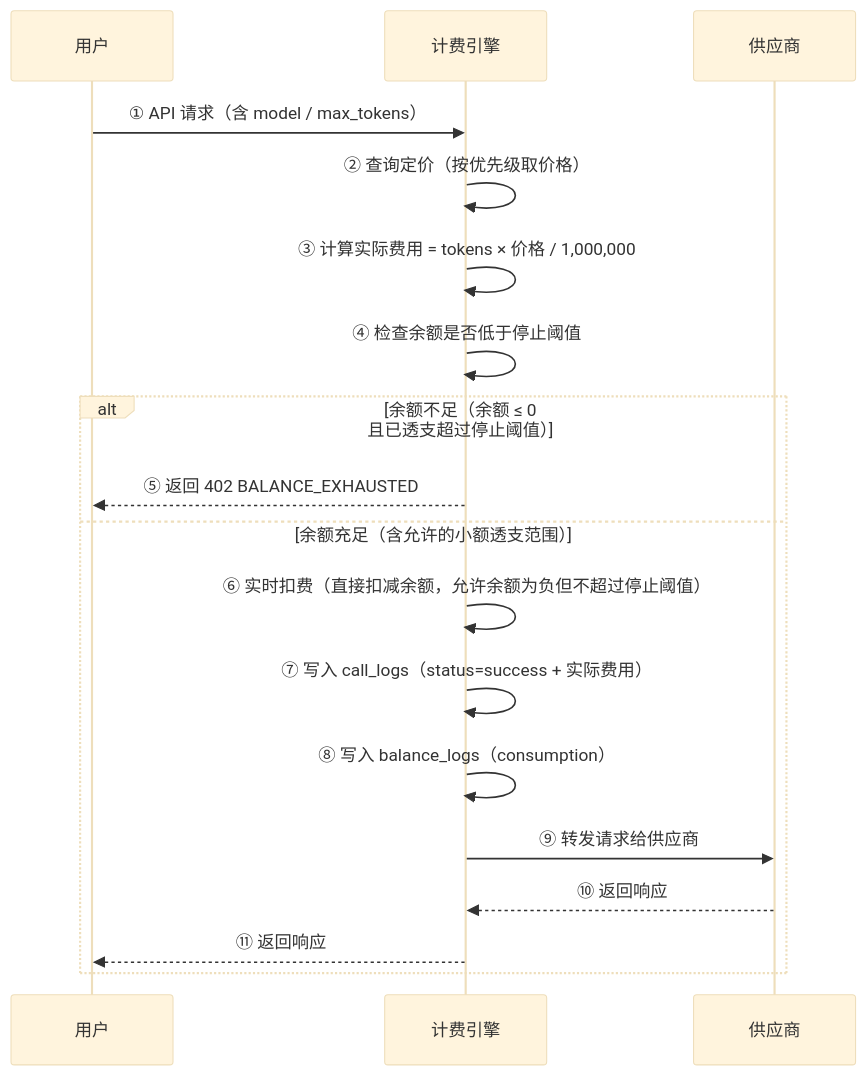
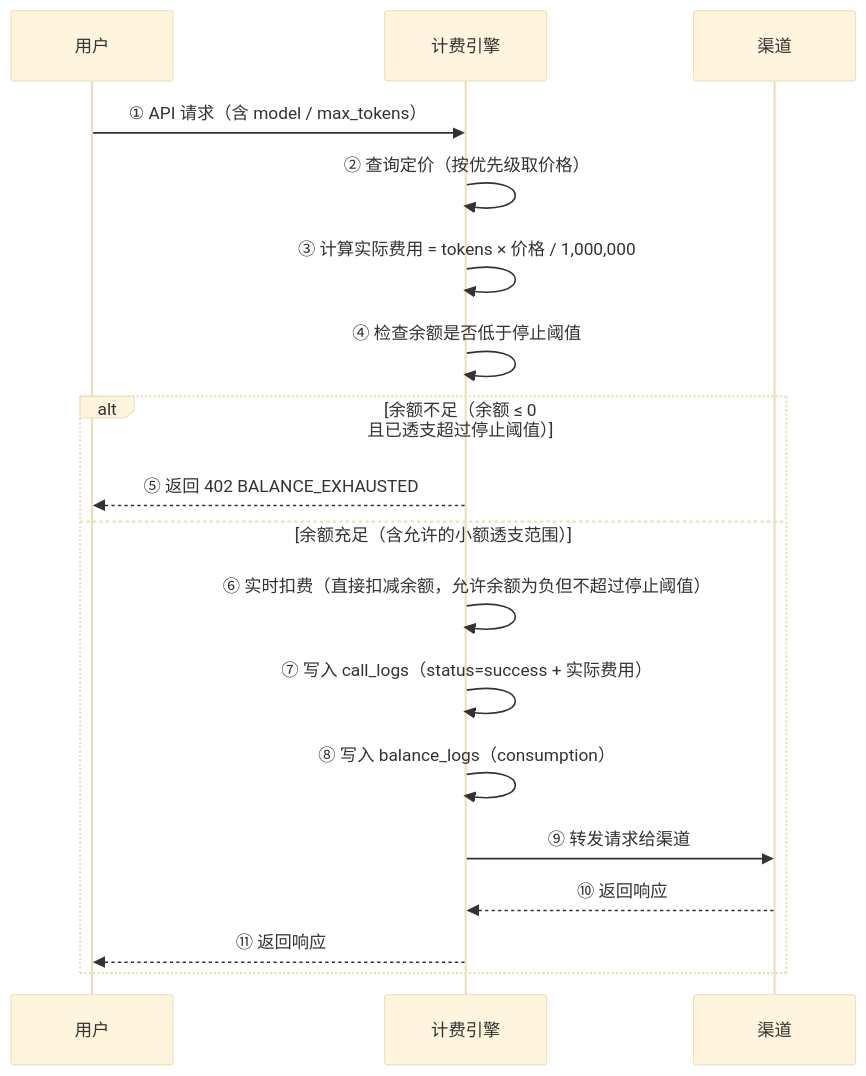
Before and after one commit to k19008800/3c: the second of 2 diagrams in docs/ref-5.2-billing.md, drawn with Mermaid (base theme). The commit also changed other lines of this file and 616 other files, not shown here.

````diff
--- a/docs/ref-5.2-billing.md
+++ b/docs/ref-5.2-billing.md
@@ -97,22 +97,22 @@
 ```mermaid
 sequenceDiagram
     participant U as 用户
     participant P as 计费引擎
-    participant V as 供应商
+    participant V as 渠道
 
     U->>P: ① API 请求（含 model / max_tokens）
     P->>P: ② 查询定价（按优先级取价格）
     P->>P: ③ 计算实际费用 = tokens × 价格 / 1,000,000
     P->>P: ④ 检查余额是否低于停止阈值
 
     alt 余额不足（余额 ≤ 0 且已透支超过停止阈值）
         P-->>U: ⑤ 返回 402 BALANCE_EXHAUSTED
     else 余额充足（含允许的小额透支范围）
         P->>P: ⑥ 实时扣费（直接扣减余额，允许余额为负但不超过停止阈值）
         P->>P: ⑦ 写入 call_logs（status=success + 实际费用）
         P->>P: ⑧ 写入 balance_logs（consumption）
-        P->>V: ⑨ 转发请求给供应商
+        P->>V: ⑨ 转发请求给渠道
         V-->>P: ⑩ 返回响应
         P-->>U: ⑪ 返回响应
     end
 ```
````
